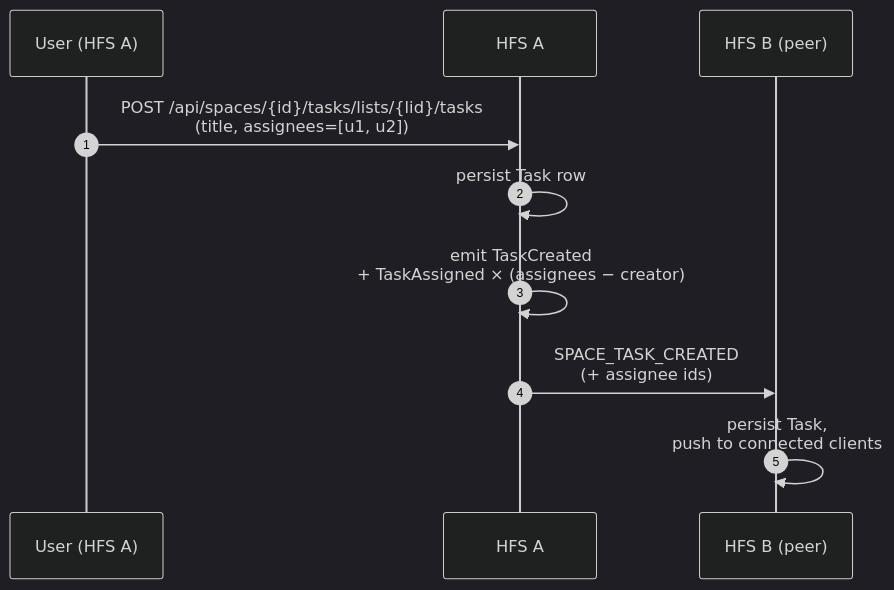
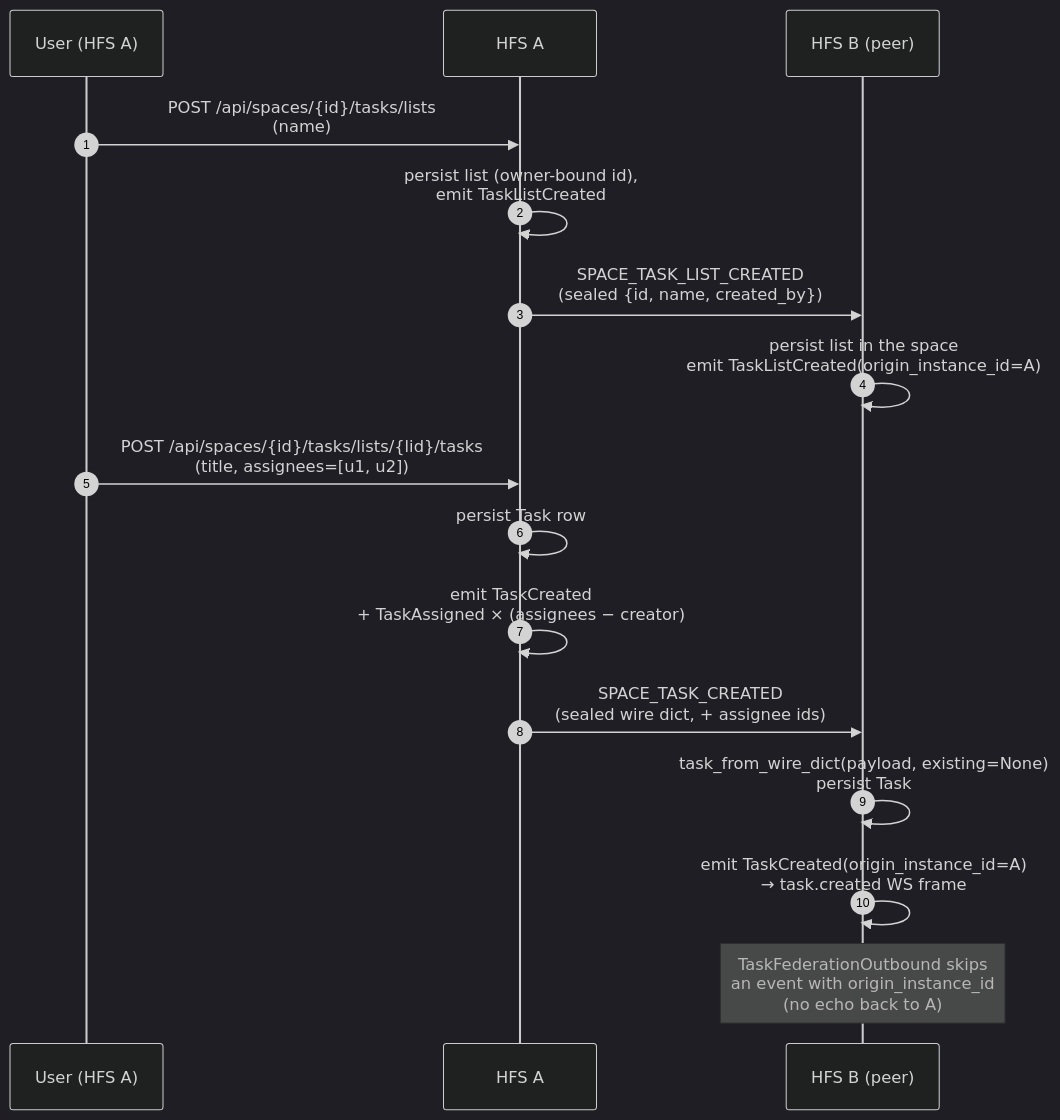
The first of 2 diagrams in docs/protocol/tasks.md (social-home-io/socialhome), drawn with Mermaid (dark theme) before and after one commit. The commit also changed other lines of this file and 47 other files, not shown here.

First line of the commit message:
Tasks get priority and labels, and space tasks finally reach other households

````diff
--- a/docs/protocol/tasks.md
+++ b/docs/protocol/tasks.md
@@ -21,12 +57,18 @@
 ```mermaid
 sequenceDiagram
     autonumber
     participant U as User (HFS A)
     participant A as HFS A
     participant B as HFS B (peer)
+    U->>A: POST /api/spaces/{id}/tasks/lists<br/>(name)
+    A->>A: persist list (owner-bound id),<br/>emit TaskListCreated
+    A->>B: SPACE_TASK_LIST_CREATED<br/>(sealed {id, name, created_by})
+    B->>B: persist list in the space<br/>emit TaskListCreated(origin_instance_id=A)
     U->>A: POST /api/spaces/{id}/tasks/lists/{lid}/tasks<br/>(title, assignees=[u1, u2])
     A->>A: persist Task row
     A->>A: emit TaskCreated<br/>+ TaskAssigned × (assignees − creator)
-    A->>B: SPACE_TASK_CREATED<br/>(+ assignee ids)
-    B->>B: persist Task,<br/>push to connected clients
+    A->>B: SPACE_TASK_CREATED<br/>(sealed wire dict, + assignee ids)
+    B->>B: task_from_wire_dict(payload, existing=None)<br/>persist Task
+    B->>B: emit TaskCreated(origin_instance_id=A)<br/>→ task.created WS frame
+    Note over B: TaskFederationOutbound skips<br/>an event with origin_instance_id<br/>(no echo back to A)
 ```
````
